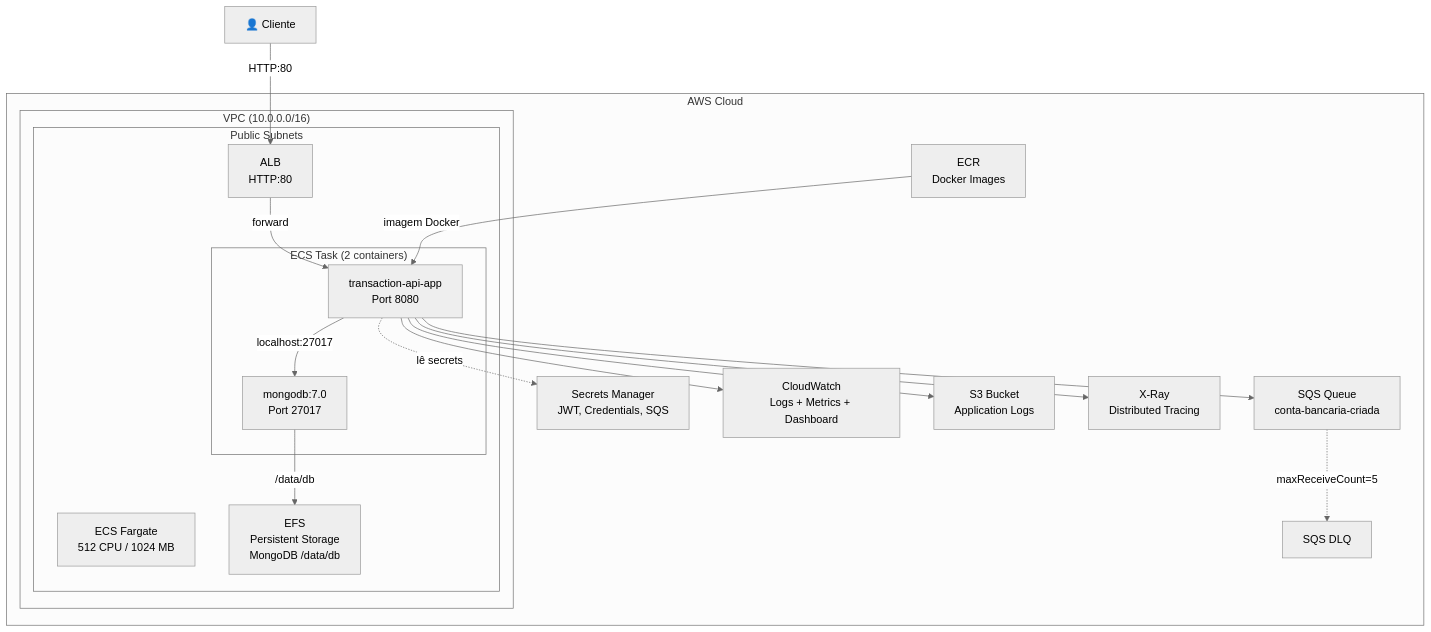
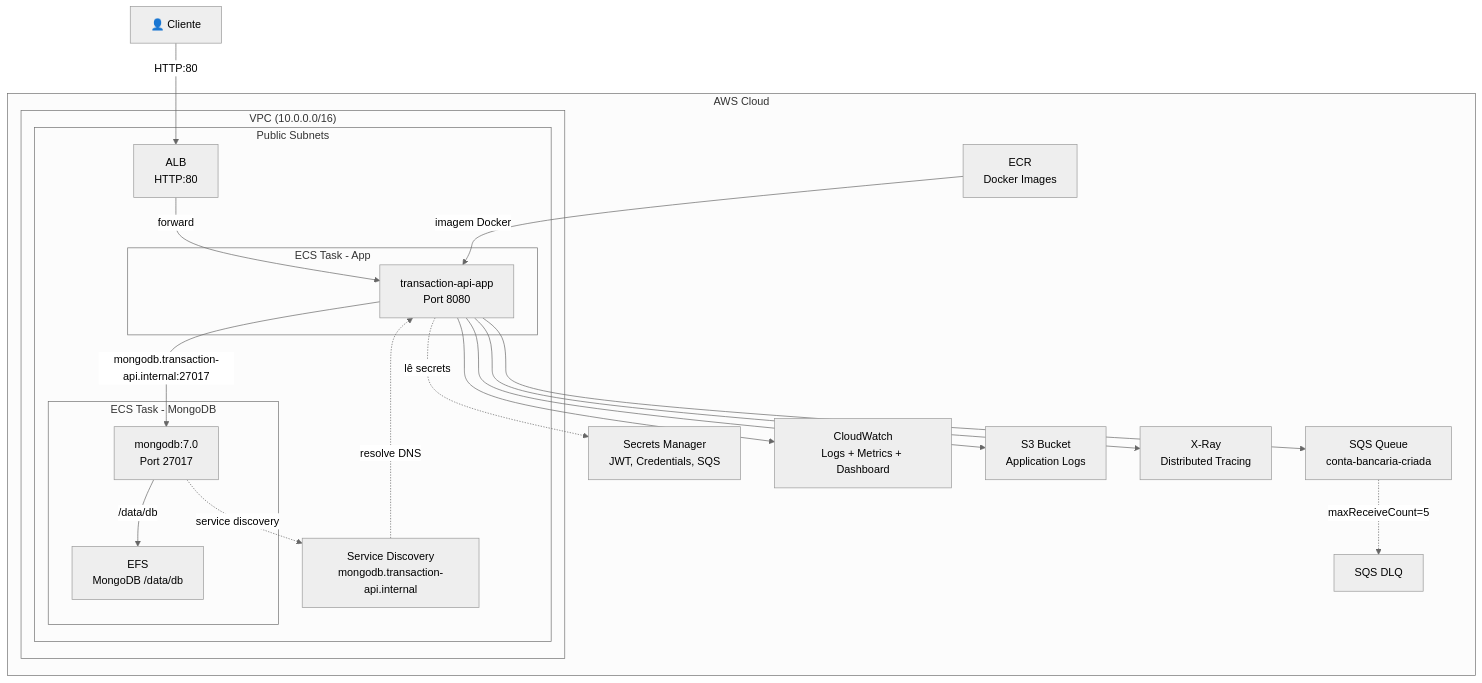
One commit to oborghi/transaction-api-itau changed the diagram in desafiodecdigoita/README.md. Above: the diagram before and after it, drawn with Mermaid (neutral theme). The commit also changed other lines of this file and 7 other files, not shown here.

````diff
--- a/desafiodecdigoita/README.md
+++ b/desafiodecdigoita/README.md
@@ -82,36 +82,43 @@
 ```mermaid
 graph TB
     subgraph "AWS Cloud"
         subgraph "VPC (10.0.0.0/16)"
             subgraph "Public Subnets"
                 ALB["ALB<br/>HTTP:80"]
-                ECS["ECS Fargate<br/>512 CPU / 1024 MB"]
-                subgraph "ECS Task (2 containers)"
+                
+                subgraph "ECS Task - MongoDB"
+                    MONGO["mongodb:7.0<br/>Port 27017"]
+                    EFS_MONGO["EFS<br/>MongoDB /data/db"]
+                end
+
+                subgraph "ECS Task - App"
                     APP["transaction-api-app<br/>Port 8080"]
-                    MONGO["mongodb:7.0<br/>Port 27017"]
                 end
-                EFS["EFS<br/>Persistent Storage<br/>MongoDB /data/db"]
+                
+                SD["Service Discovery<br/>mongodb.transaction-api.internal"]
             end
         end
 
         SQS["SQS Queue<br/>conta-bancaria-criada"]
         DLQ["SQS DLQ"]
         ECR["ECR<br/>Docker Images"]
         SM["Secrets Manager<br/>JWT, Credentials, SQS"]
         CW["CloudWatch<br/>Logs + Metrics + Dashboard"]
         S3["S3 Bucket<br/>Application Logs"]
         XR["X-Ray<br/>Distributed Tracing"]
     end
 
     Client["👤 Cliente"] -->|"HTTP:80"| ALB
     ALB -->|"forward"| APP
-    APP -->|"localhost:27017"| MONGO
-    MONGO -->|"/data/db"| EFS
+    APP -->|"mongodb.transaction-api.internal:27017"| MONGO
+    MONGO -->|"/data/db"| EFS_MONGO
+    MONGO -.->|"service discovery"| SD
+    SD -.->|"resolve DNS"| APP
     APP --> SQS
     SQS -.->|"maxReceiveCount=5"| DLQ
     APP --> CW
     APP --> XR
     APP -.->|"lê secrets"| SM
     APP --> S3
     ECR -->|"imagem Docker"| APP
 ```
````
